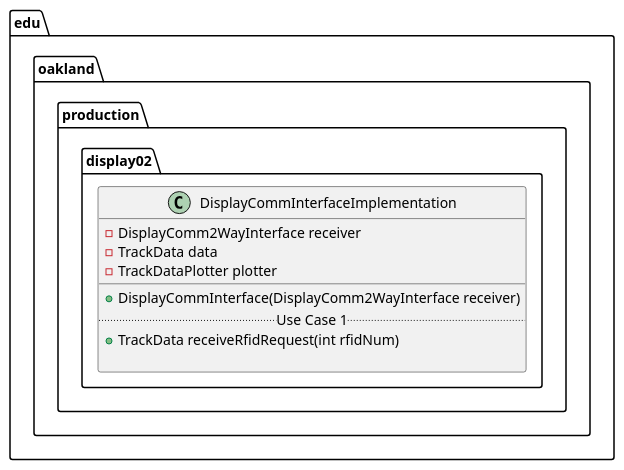
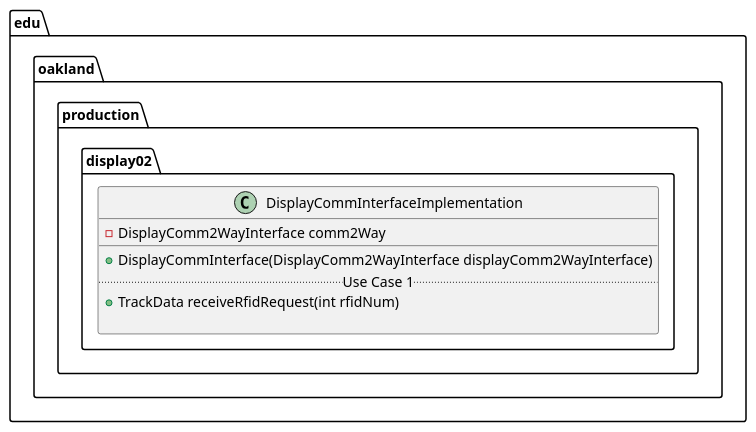
The diagram in docs/uml-class-diagrams/display02/production/DisplayCommInterfaceImplementation/DisplayCommInterfaceImplementation.puml (andrewdimmer/csi-3370-software-project), drawn with PlantUML before and after one commit. The commit also changed 540 other files, not shown here.

First line of the commit message:
[Admin] Update PUML Diagrams to Reflect Production Code/Tests (#168)

```diff
--- a/docs/uml-class-diagrams/display02/production/DisplayCommInterfaceImplementation/DisplayCommInterfaceImplementation.puml
+++ b/docs/uml-class-diagrams/display02/production/DisplayCommInterfaceImplementation/DisplayCommInterfaceImplementation.puml
@@ -1,16 +1,14 @@
 @startuml DisplayCommInterfaceImplementation
 
 package edu.oakland.production.display02 {
     class DisplayCommInterfaceImplementation {
-        - DisplayComm2WayInterface receiver
-        - TrackData data
-        - TrackDataPlotter plotter
+        - DisplayComm2WayInterface comm2Way
         __
-        + DisplayCommInterface(DisplayComm2WayInterface receiver)
+        + DisplayCommInterface(DisplayComm2WayInterface displayComm2WayInterface)
         .. Use Case 1 ..
         + TrackData receiveRfidRequest(int rfidNum)
         
     }
 }
 
 @enduml
```
